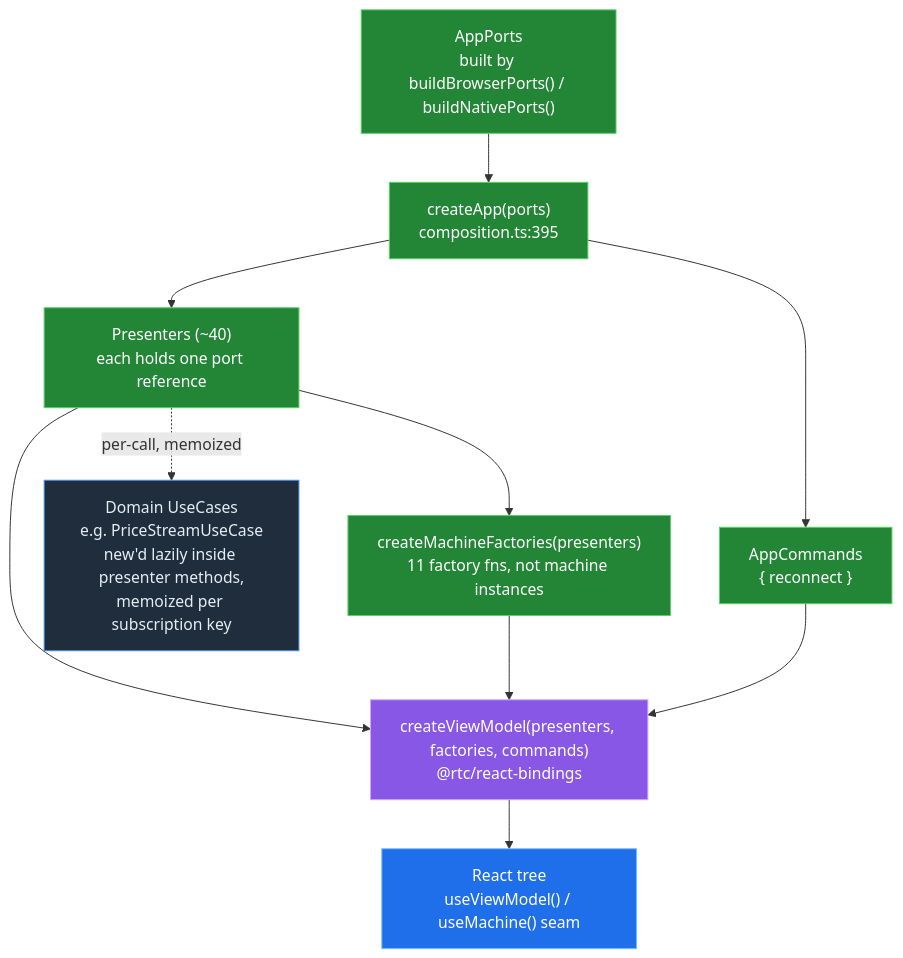
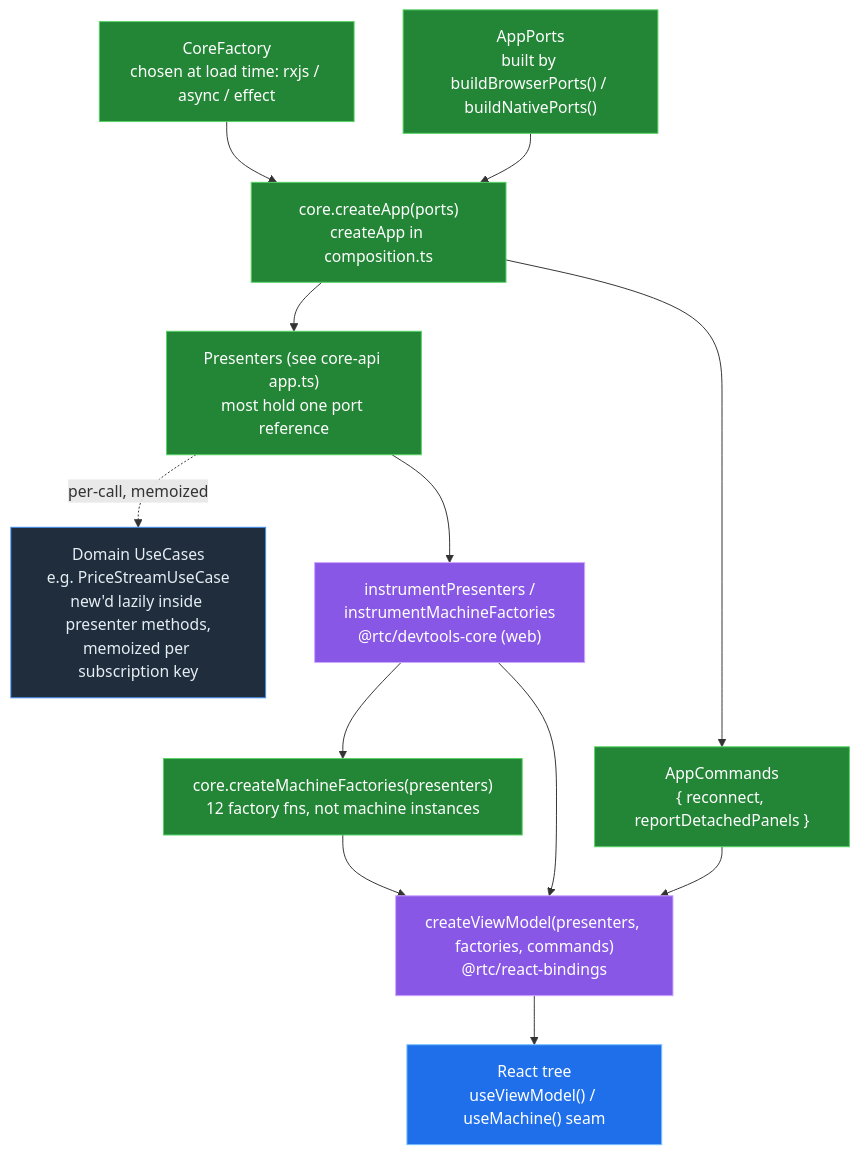
Before and after one commit to bettersoftware-io/ReactiveTraderCloudClone: the first of 4 diagrams in docs/architecture/14-composition-and-wiring.md, drawn with Mermaid. The commit also changed other lines of this file, not shown here.

First line of the commit message:
docs(architecture): §14 describes the load-time core boot chain and today's wiring

````diff
--- a/docs/architecture/14-composition-and-wiring.md
+++ b/docs/architecture/14-composition-and-wiring.md
@@ -32,26 +36,30 @@
 ```mermaid
 flowchart TD
+    Core["CoreFactory<br/>chosen at load time: rxjs / async / effect"]:::core
     Ports["AppPorts<br/>built by buildBrowserPorts() / buildNativePorts()"]:::core
-    Create["createApp(ports)<br/>composition.ts:395"]:::core
-    Pres["Presenters (~40)<br/>each holds one port reference"]:::core
-    Cmd["AppCommands<br/>{ reconnect }"]:::core
+    Create["core.createApp(ports)<br/>createApp in composition.ts"]:::core
+    Pres["Presenters (see core-api app.ts)<br/>most hold one port reference"]:::core
+    Cmd["AppCommands<br/>{ reconnect, reportDetachedPanels }"]:::core
     UC["Domain UseCases<br/>e.g. PriceStreamUseCase<br/>new'd lazily inside presenter methods,<br/>memoized per subscription key"]:::domain
-    Mach["createMachineFactories(presenters)<br/>11 factory fns, not machine instances"]:::core
+    Dev["instrumentPresenters /<br/>instrumentMachineFactories<br/>@rtc/devtools-core (web)"]:::bridge
+    Mach["core.createMachineFactories(presenters)<br/>12 factory fns, not machine instances"]:::core
     VM["createViewModel(presenters, factories, commands)<br/>@rtc/react-bindings"]:::bridge
     UI["React tree<br/>useViewModel() / useMachine() seam"]:::ui
 
+    Core --> Create
     Ports --> Create
     Create --> Pres
     Create --> Cmd
     Pres -.->|"per-call, memoized"| UC
-    Pres --> Mach
-    Pres --> VM
+    Pres --> Dev
+    Dev --> Mach
     Mach --> VM
+    Dev --> VM
     Cmd --> VM
     VM --> UI
 
     classDef ui     fill:#1f6feb,stroke:#79c0ff,color:#ffffff
     classDef bridge fill:#8957e5,stroke:#d2a8ff,color:#ffffff
     classDef core   fill:#238636,stroke:#56d364,color:#ffffff
     classDef domain fill:#1f2d3d,stroke:#4493f8,color:#e6edf3
 ```
````
